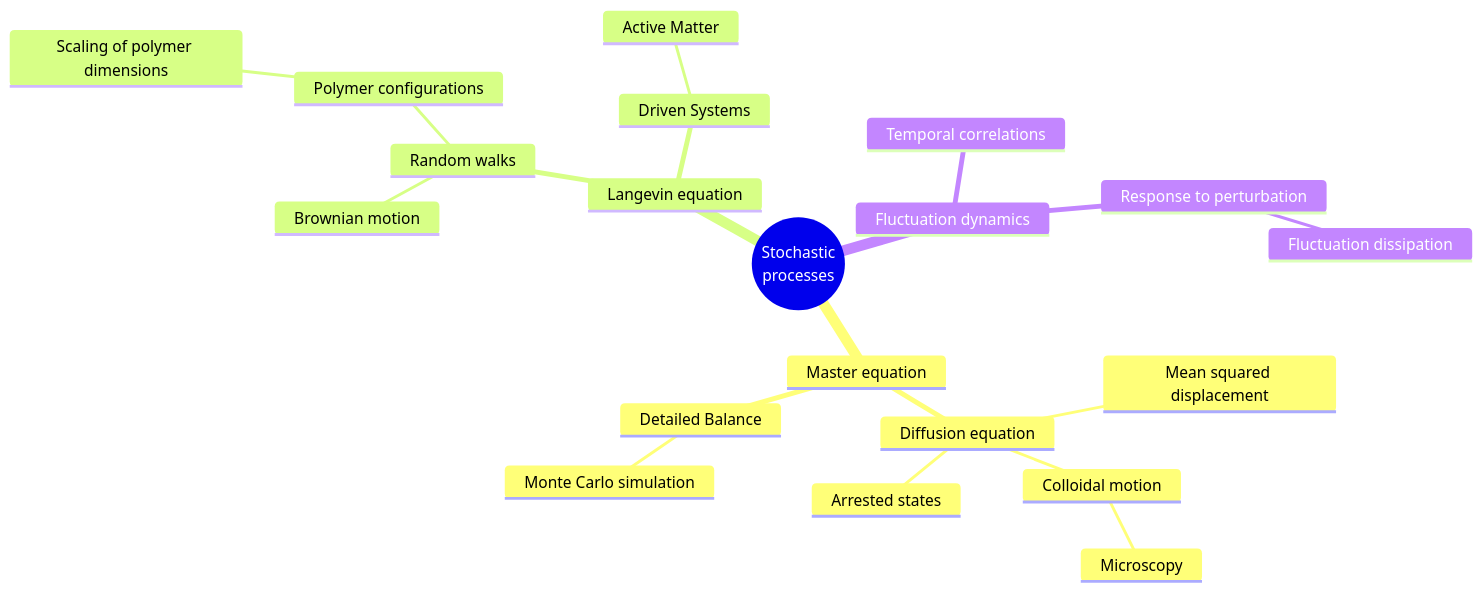
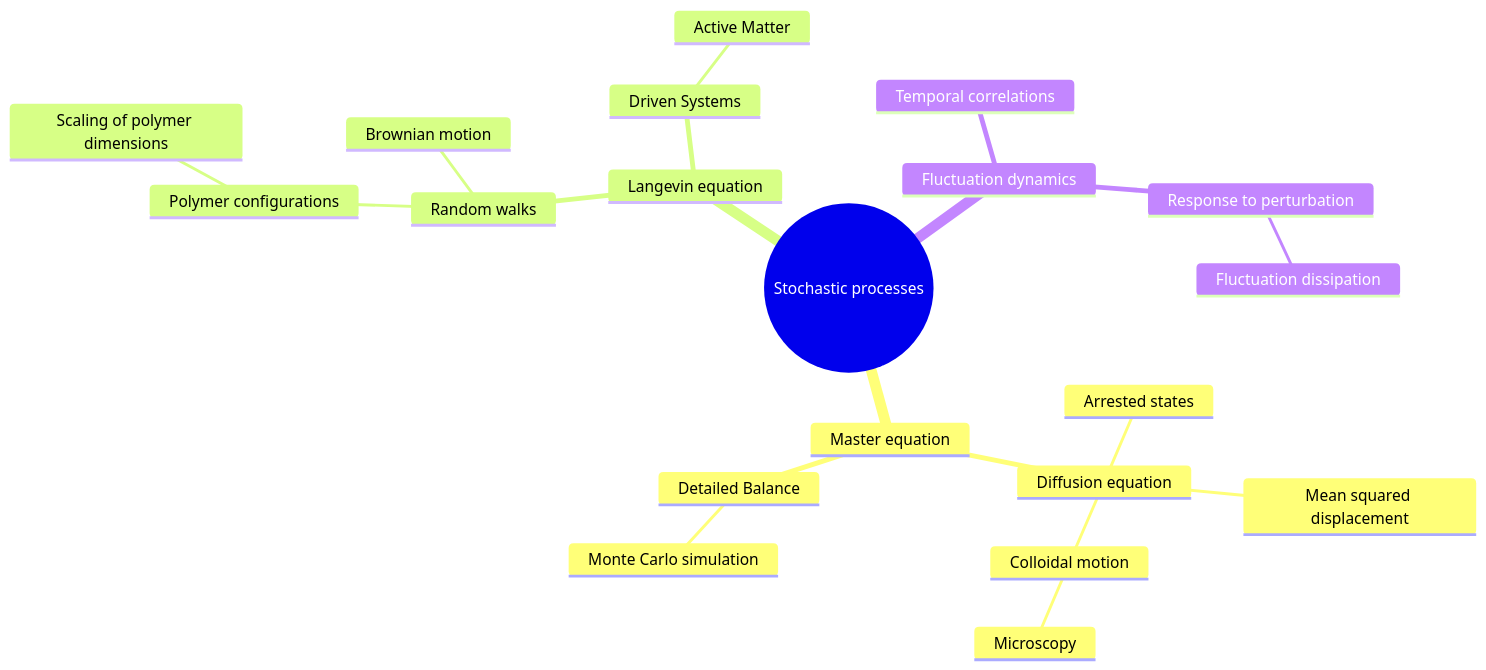
Before and after one commit to FTurci/course-disordered-matter: the second of 2 diagrams in quarto/phase-transitions/concepts_map.qmd, drawn with Mermaid. The commit also changed other lines of this file and 4 other files, not shown here.

````diff
--- a/quarto/phase-transitions/concepts_map.qmd
+++ b/quarto/phase-transitions/concepts_map.qmd
@@ -52,25 +51,24 @@
 ```{mermaid}
 mindmap
-  root((Stochastic
-   processes))
+  root((Stochastic processes))
     Master equation
       Diffusion equation
         Mean squared displacement
         Colloidal motion
           Microscopy
         Arrested states
       Detailed Balance
         Monte Carlo simulation
     Langevin equation
       Random walks
         Brownian motion
         Polymer configurations
           Scaling of polymer dimensions
       Driven Systems
         Active Matter
     Fluctuation dynamics
       Temporal correlations
       Response to perturbation
         Fluctuation dissipation
 
 ```
````
